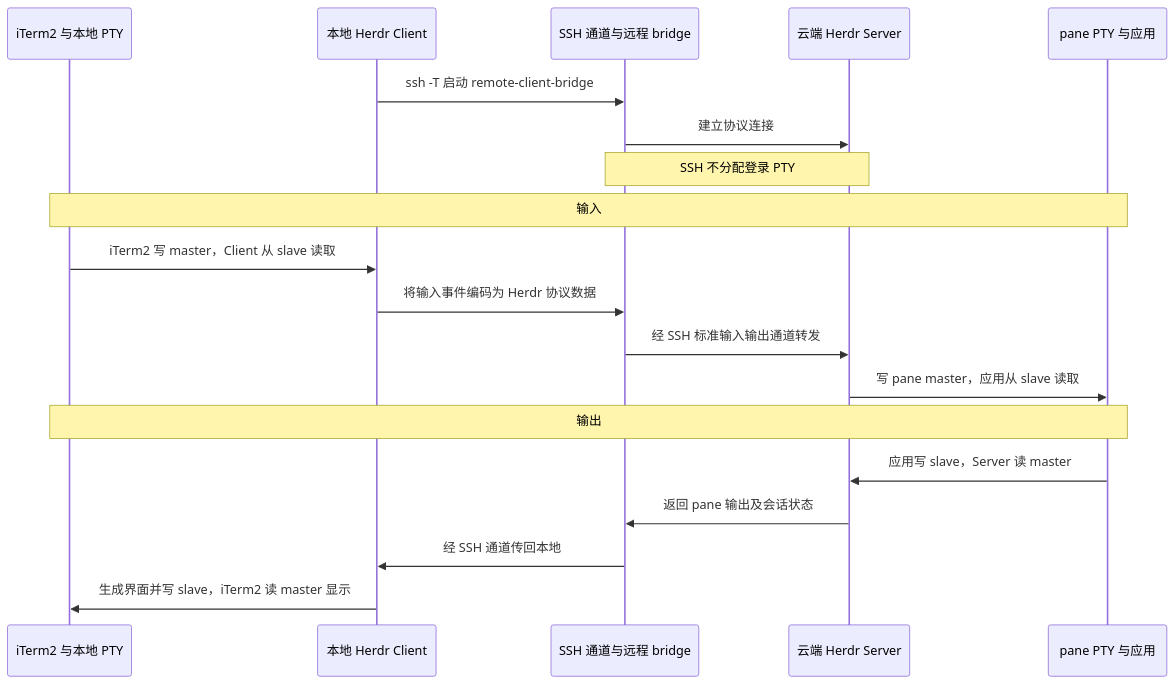
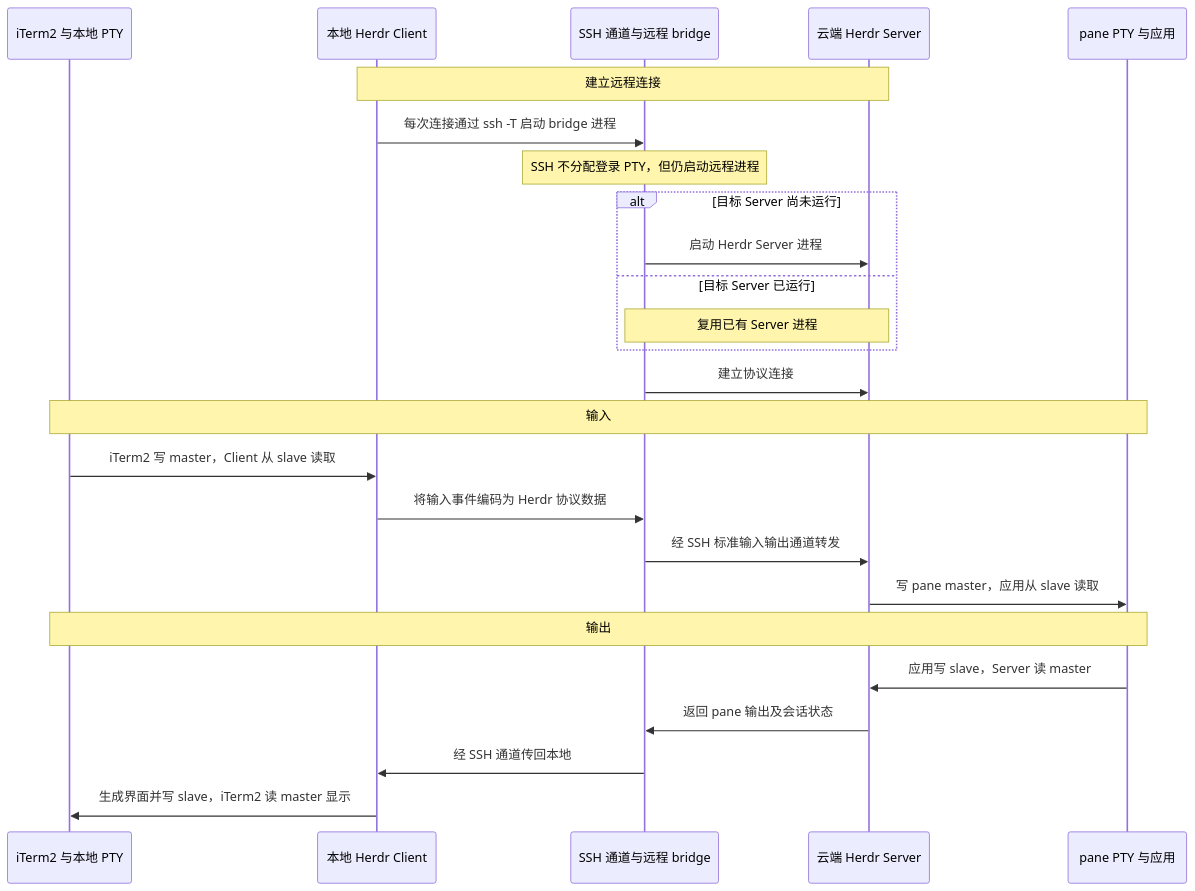
Before and after one commit to ai-12345678/ai-12345678.github.io: the first of 2 diagrams in linux/herdr-pty.md, drawn with Mermaid.

Commit message:
docs: distinguish remote bridge startup from Server reuse in swimlane

````diff
--- a/linux/herdr-pty.md
+++ b/linux/herdr-pty.md
@@ -42,21 +42,27 @@
 ```mermaid
 sequenceDiagram
     participant T as iTerm2 与本地 PTY
     participant C as 本地 Herdr Client
     participant B as SSH 通道与远程 bridge
     participant S as 云端 Herdr Server
     participant P as pane PTY 与应用
-    C->>B: ssh -T 启动 remote-client-bridge
+    Note over C,S: 建立远程连接
+    C->>B: 每次连接通过 ssh -T 启动 bridge 进程
+    Note over B: SSH 不分配登录 PTY，但仍启动远程进程
+    alt 目标 Server 尚未运行
+        B->>S: 启动 Herdr Server 进程
+    else 目标 Server 已运行
+        Note over B,S: 复用已有 Server 进程
+    end
     B->>S: 建立协议连接
-    Note over B,S: SSH 不分配登录 PTY
     Note over T,P: 输入
     T->>C: iTerm2 写 master，Client 从 slave 读取
     C->>B: 将输入事件编码为 Herdr 协议数据
     B->>S: 经 SSH 标准输入输出通道转发
     S->>P: 写 pane master，应用从 slave 读取
     Note over T,P: 输出
     P->>S: 应用写 slave，Server 读 master
     S->>B: 返回 pane 输出及会话状态
     B->>C: 经 SSH 通道传回本地
     C->>T: 生成界面并写 slave，iTerm2 读 master 显示
 ```
````
